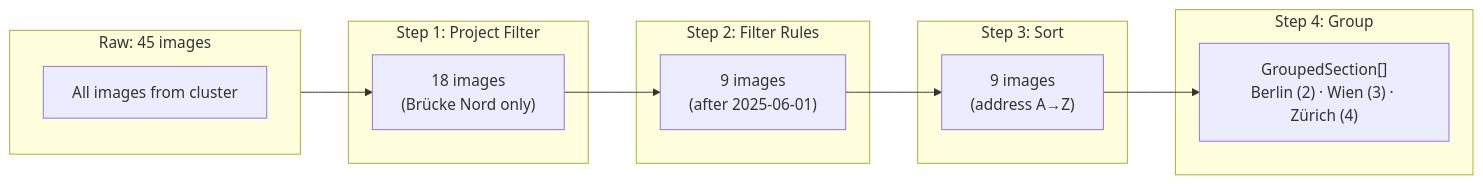
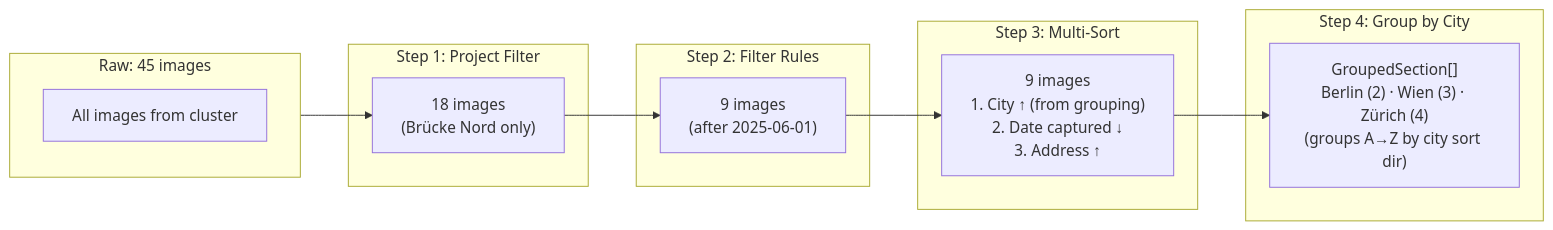
One commit to matkleve/feldpost changed diagram 19 of 27 in docs/use-cases/workspace-view.md. Above: the diagram before and after it, drawn with Mermaid. The commit also changed other lines of this file and 5 other files, not shown here.

First line of the commit message:
feat: implement multi-sort functionality in sort dropdown

````diff
--- a/docs/use-cases/workspace-view.md
+++ b/docs/use-cases/workspace-view.md
@@ -432,25 +623,25 @@
 ```mermaid
 flowchart LR
     subgraph Input["Raw: 45 images"]
         direction TB
         A["All images from cluster"]
     end
 
     subgraph P1["Step 1: Project Filter"]
         B["18 images\n(Brücke Nord only)"]
     end
 
     subgraph P2["Step 2: Filter Rules"]
         C["9 images\n(after 2025-06-01)"]
     end
 
-    subgraph P3["Step 3: Sort"]
-        D["9 images\n(address A→Z)"]
+    subgraph P3["Step 3: Multi-Sort"]
+        D["9 images\n1. City ↑ (from grouping)\n2. Date captured ↓\n3. Address ↑"]
     end
 
-    subgraph P4["Step 4: Group"]
-        E["GroupedSection[]\nBerlin (2) · Wien (3) · Zürich (4)"]
+    subgraph P4["Step 4: Group by City"]
+        E["GroupedSection[]\nBerlin (2) · Wien (3) · Zürich (4)\n(groups A→Z by city sort dir)"]
     end
 
     A --> B --> C --> D --> E
 ```
````
